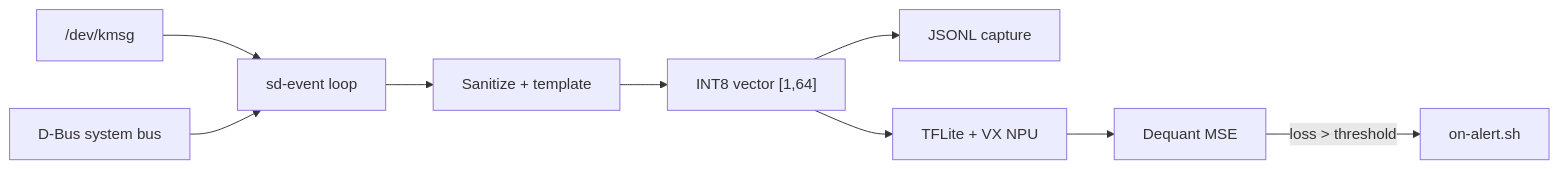
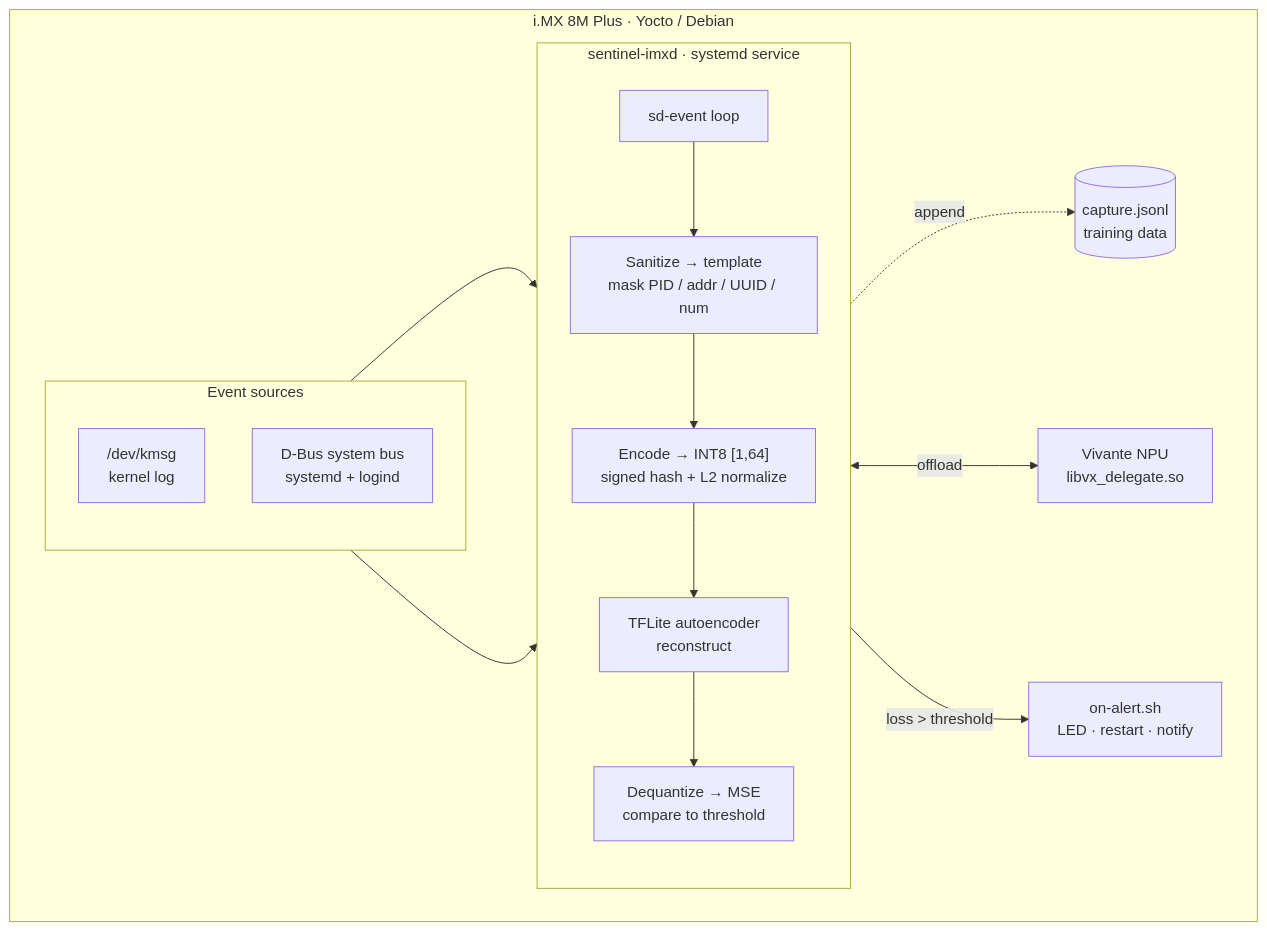
The first of 2 diagrams in README.md (leonardosalvatore/sentinel-imx-sys), drawn with Mermaid before and after one commit. The commit also changed other lines of this file, not shown here.

Commit message:
added diagrams

````diff
--- a/README.md
+++ b/README.md
@@ -12,11 +21,31 @@
 ```mermaid
 flowchart LR
-  kmsg["/dev/kmsg"] --> loop
-  dbus["D-Bus system bus"] --> loop
-  loop["sd-event loop"] --> clean["Sanitize + template"]
-  clean --> enc["INT8 vector [1,64]"]
-  enc --> cap["JSONL capture"]
-  enc --> inf["TFLite + VX NPU"]
-  inf --> mse["Dequant MSE"]
-  mse -->|"loss > threshold"| script["on-alert.sh"]
+  subgraph board["i.MX 8M Plus · Yocto / Debian"]
+    direction LR
+    subgraph src["Event sources"]
+      direction TB
+      kmsg["/dev/kmsg<br/>kernel log"]
+      dbus["D-Bus system bus<br/>systemd + logind"]
+    end
+
+    subgraph daemon["sentinel-imxd · systemd service"]
+      direction TB
+      loop["sd-event loop"]
+      san["Sanitize → template<br/>mask PID / addr / UUID / num"]
+      enc["Encode → INT8 [1,64]<br/>signed hash + L2 normalize"]
+      inf["TFLite autoencoder<br/>reconstruct"]
+      mse["Dequantize → MSE<br/>compare to threshold"]
+      loop --> san --> enc --> inf --> mse
+    end
+
+    npu["Vivante NPU<br/>libvx_delegate.so"]
+    cap[("capture.jsonl<br/>training data")]
+    alert["on-alert.sh<br/>LED · restart · notify"]
+
+    kmsg --> loop
+    dbus --> loop
+    enc -. append .-> cap
+    inf <-->|offload| npu
+    mse -->|"loss &gt; threshold"| alert
+  end
 ```
````
